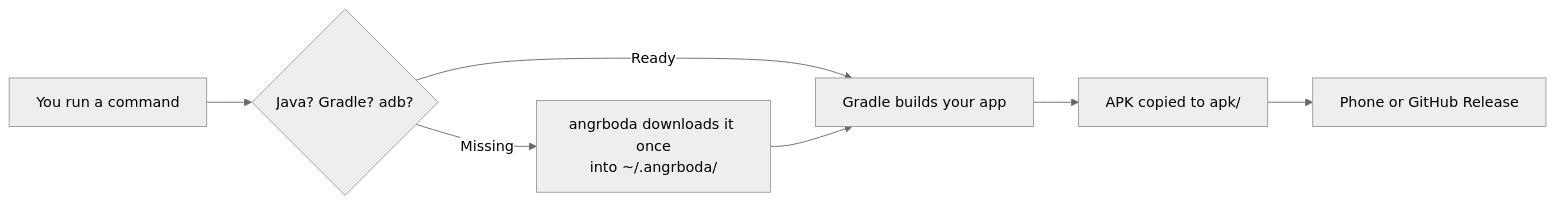
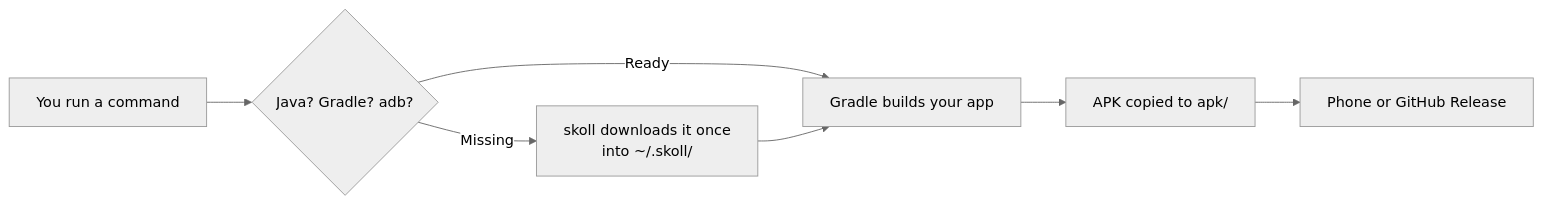
One commit to masudibnbelat/skoll-cli changed the first of 2 diagrams in README.md. Above: the diagram before and after it, drawn with Mermaid (neutral theme). The commit also changed other lines of this file and 29 other files, not shown here.

````diff
--- a/README.md
+++ b/README.md
@@ -67,9 +67,9 @@
 ```mermaid
 flowchart LR
     A["You run a command"] --> B{"Java? Gradle? adb?"}
-    B -->|"Missing"| C["angrboda downloads it once\ninto ~/.angrboda/"]
+    B -->|"Missing"| C["skoll downloads it once\ninto ~/.skoll/"]
     B -->|"Ready"| D["Gradle builds your app"]
     C --> D
     D --> E["APK copied to apk/"]
     E --> F["Phone or GitHub Release"]
 ```
````
